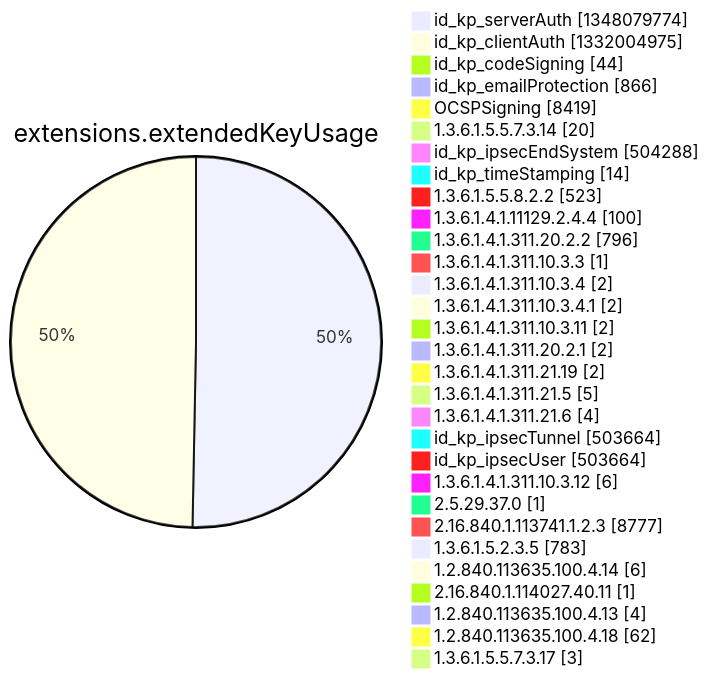
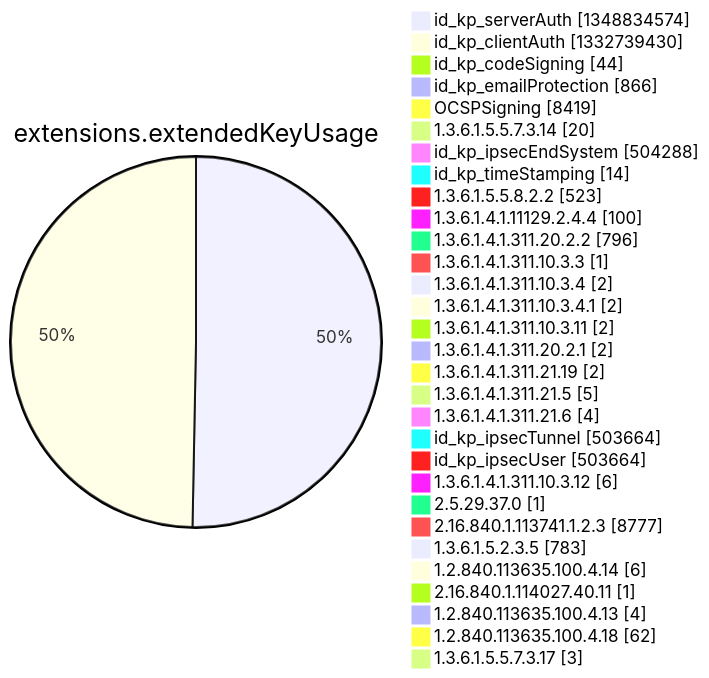
Before and after one commit to christiankrug/ctmonitor_visualization: diagram 12 of 15 in argon2022/README.md, drawn with Mermaid. The commit also changed other lines of this file, not shown here.

````diff
--- a/argon2022/README.md
+++ b/argon2022/README.md
@@ -3553,34 +3553,34 @@
 ```mermaid
 pie showData
 title extensions.extendedKeyUsage
-"id_kp_serverAuth" :1348079774
-"id_kp_clientAuth" :1332004975
+"id_kp_serverAuth" :1348834574
+"id_kp_clientAuth" :1332739430
 "id_kp_codeSigning" :44
 "id_kp_emailProtection" :866
 "OCSPSigning" :8419
 "1.3.6.1.5.5.7.3.14" :20
 "id_kp_ipsecEndSystem" :504288
 "id_kp_timeStamping" :14
 "1.3.6.1.5.5.8.2.2" :523
 "1.3.6.1.4.1.11129.2.4.4" :100
 "1.3.6.1.4.1.311.20.2.2" :796
 "1.3.6.1.4.1.311.10.3.3" :1
 "1.3.6.1.4.1.311.10.3.4" :2
 "1.3.6.1.4.1.311.10.3.4.1" :2
 "1.3.6.1.4.1.311.10.3.11" :2
 "1.3.6.1.4.1.311.20.2.1" :2
 "1.3.6.1.4.1.311.21.19" :2
 "1.3.6.1.4.1.311.21.5" :5
 "1.3.6.1.4.1.311.21.6" :4
 "id_kp_ipsecTunnel" :503664
 "id_kp_ipsecUser" :503664
 "1.3.6.1.4.1.311.10.3.12" :6
 "2.5.29.37.0" :1
 "2.16.840.1.113741.1.2.3" :8777
 "1.3.6.1.5.2.3.5" :783
 "1.2.840.113635.100.4.14" :6
 "2.16.840.1.114027.40.11" :1
 "1.2.840.113635.100.4.13" :4
 "1.2.840.113635.100.4.18" :62
 "1.3.6.1.5.5.7.3.17" :3
 ```
````
